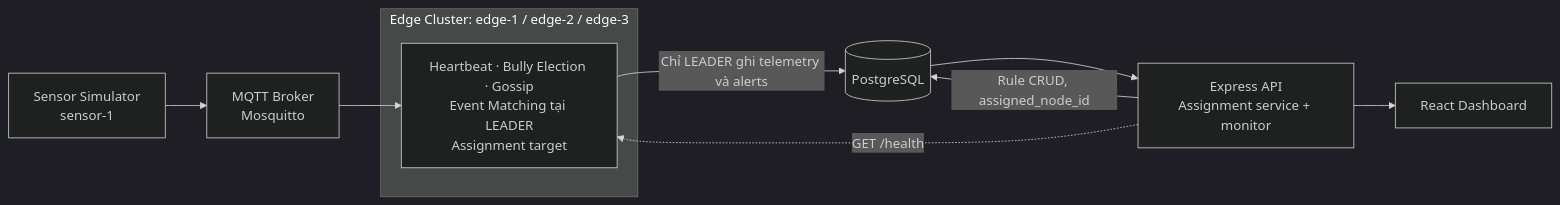
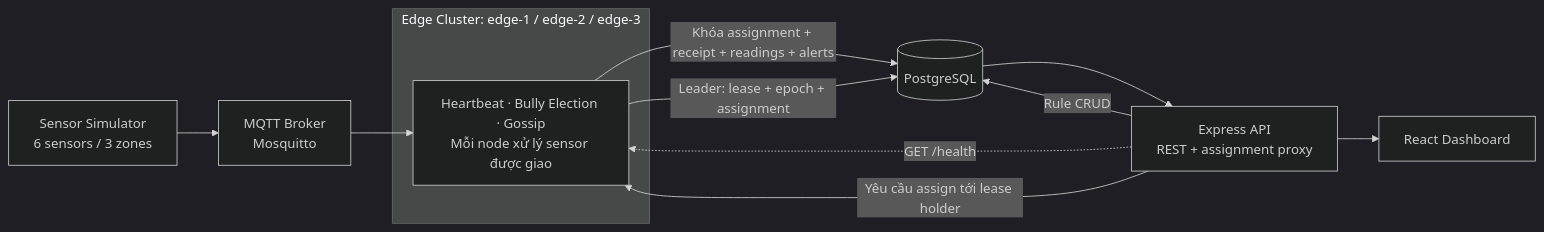
The diagram in README.md (NguyenQuocVuong0702/DemoCacHeThongPhanTan), drawn with Mermaid (dark theme) before and after one commit. The commit also changed other lines of this file and 119 other files, not shown here.

Commit message:
feat: implement distributed sensor processing and leader coordination

```diff
--- a/README.md
+++ b/README.md
@@ -52,13 +53,15 @@
 ~~~mermaid
 flowchart LR
-    S["Sensor Simulator<br/>sensor-1"] --> M["MQTT Broker<br/>Mosquitto"]
+    S["Sensor Simulator<br/>6 sensors / 3 zones"] --> M["MQTT Broker<br/>Mosquitto"]
     M --> E
     subgraph C["Edge Cluster: edge-1 / edge-2 / edge-3"]
-        E["Heartbeat · Bully Election · Gossip<br/>Event Matching tại LEADER<br/>Assignment target"]
+        E["Heartbeat · Bully Election · Gossip<br/>Mỗi node xử lý sensor được giao"]
     end
-    E -->|"Chỉ LEADER ghi telemetry và alerts"| P[("PostgreSQL")]
-    P --> A["Express API<br/>Assignment service + monitor"]
+    E -->|"Khóa assignment + receipt + readings + alerts"| P[("PostgreSQL")]
+    P --> A["Express API<br/>REST + assignment proxy"]
     A --> D["React Dashboard"]
     A -. "GET /health" .-> E
-    A -->|"Rule CRUD, assigned_node_id"| P
+    A -->|"Rule CRUD"| P
+    A -->|"Yêu cầu assign tới lease holder"| E
+    E -->|"Leader: lease + epoch + assignment"| P
 ~~~
```
